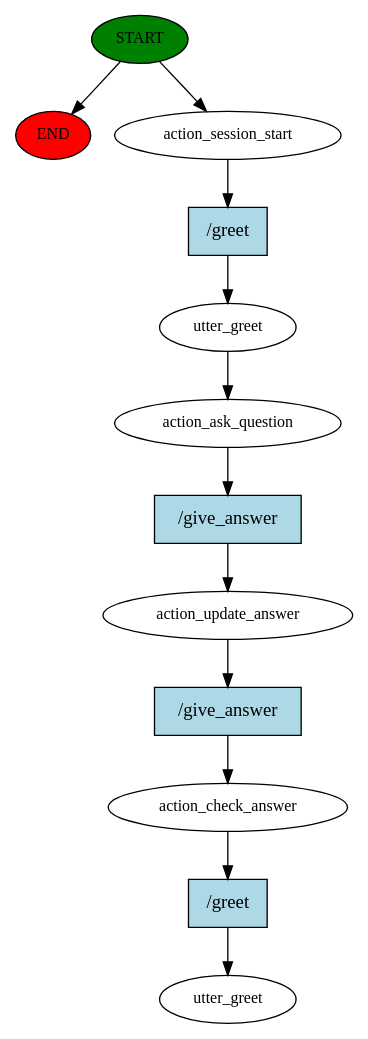
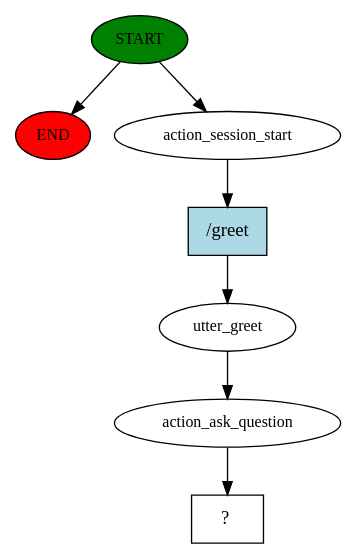
The diagram in nlu_test/story_graph.dot (ddenley/Multi-Person-Quiz), drawn with Graphviz before and after one commit. The commit also changed 435 other files, not shown here.

```diff
--- a/nlu_test/story_graph.dot
+++ b/nlu_test/story_graph.dot
@@ -1,25 +1,15 @@
 digraph  {
 0 [class="start active", fillcolor=green, fontsize=12, label=START, style=filled];
 "-1" [class=end, fillcolor=red, fontsize=12, label=END, style=filled];
 1 [class=active, fontsize=12, label=action_session_start];
 2 [class=active, fontsize=12, label=utter_greet];
 3 [class=active, fontsize=12, label=action_ask_question];
-4 [class=active, fontsize=12, label=action_update_answer];
-5 [class=active, fontsize=12, label=action_check_answer];
-6 [class="dashed active", fontsize=12, label=utter_greet];
-7 [class="intent active", fillcolor=lightblue, label="/greet", shape=rect, style=filled];
-8 [class="intent active", fillcolor=lightblue, label="/give_answer", shape=rect, style=filled];
-9 [class="intent active", fillcolor=lightblue, label="/give_answer", shape=rect, style=filled];
-10 [class="intent active", fillcolor=lightblue, label="/greet", shape=rect, style=filled];
+4 [class="intent dashed active", label="  ?  ", shape=rect];
+5 [class="intent active", fillcolor=lightblue, label="/greet", shape=rect, style=filled];
 0 -> "-1"  [class="", key=NONE, label=""];
 0 -> 1  [class=active, key=NONE, label=""];
-1 -> 7  [class=active, key=0];
+1 -> 5  [class=active, key=0];
 2 -> 3  [class=active, key=NONE, label=""];
-3 -> 8  [class=active, key=0];
-4 -> 9  [class=active, key=0];
-5 -> 10  [class=active, key=0];
-7 -> 2  [class=active, key=0];
-8 -> 4  [class=active, key=0];
-9 -> 5  [class=active, key=0];
-10 -> 6  [class=active, key=0];
+3 -> 4  [class=active, key=NONE, label=""];
+5 -> 2  [class=active, key=0];
 }
```
